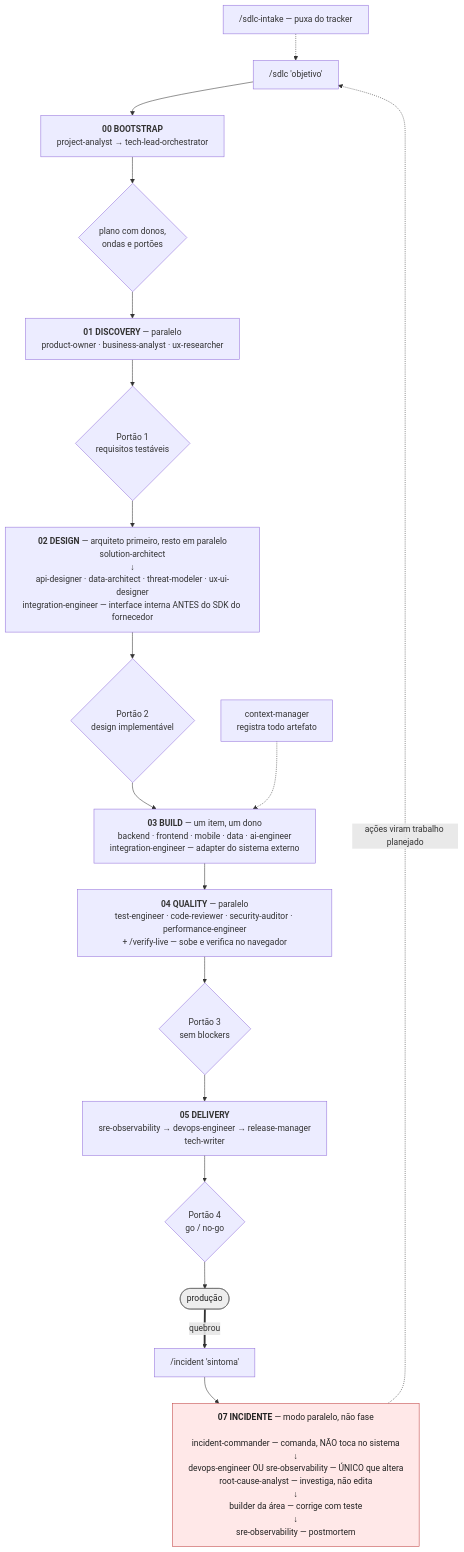
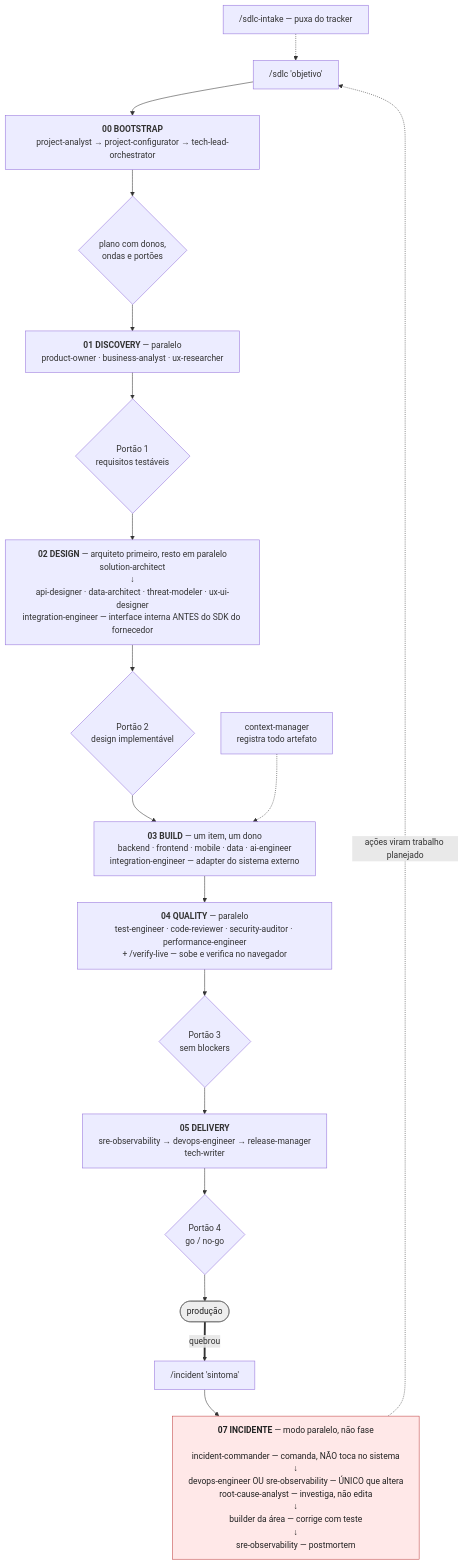
One commit to Joaooh98/ai changed the diagram in agents/README.md. Above: the diagram before and after it, drawn with Mermaid. The commit also changed other lines of this file and 212 other files, not shown here.

First line of the commit message:
feat: add architectural configuration research and report sources

````diff
--- a/agents/README.md
+++ b/agents/README.md
@@ -36,36 +36,36 @@
 ```mermaid
 ---
 config:
   flowchart:
     wrappingWidth: 420
 ---
 flowchart TD
     TICKET["/sdlc-intake — puxa do tracker"] -.-> CMD
     CMD["/sdlc 'objetivo'"] --> W0
 
-    W0["<b>00 BOOTSTRAP</b><br/>project-analyst → tech-lead-orchestrator"]
+    W0["<b>00 BOOTSTRAP</b><br/>project-analyst → project-configurator → tech-lead-orchestrator"]
     W0 --> G0{"plano com donos,<br/>ondas e portões"}
 
     G0 --> W1["<b>01 DISCOVERY</b> — paralelo<br/>product-owner · business-analyst · ux-researcher"]
     W1 --> G1{"Portão 1<br/>requisitos testáveis"}
 
     G1 --> W2["<b>02 DESIGN</b> — arquiteto primeiro, resto em paralelo<br/>solution-architect<br/>↓<br/>api-designer · data-architect · threat-modeler · ux-ui-designer<br/>integration-engineer — interface interna ANTES do SDK do fornecedor"]
     W2 --> G2{"Portão 2<br/>design implementável"}
 
     G2 --> W3["<b>03 BUILD</b> — um item, um dono<br/>backend · frontend · mobile · data · ai-engineer<br/>integration-engineer — adapter do sistema externo"]
     W3 --> W4["<b>04 QUALITY</b> — paralelo<br/>test-engineer · code-reviewer · security-auditor · performance-engineer<br/>+ /verify-live — sobe e verifica no navegador"]
     W4 --> G3{"Portão 3<br/>sem blockers"}
 
     G3 --> W5["<b>05 DELIVERY</b><br/>sre-observability → devops-engineer → release-manager<br/>tech-writer"]
     W5 --> G4{"Portão 4<br/>go / no-go"}
     G4 --> PROD(["produção"])
 
     CM["context-manager<br/>registra todo artefato"] -.-> W3
 
     PROD == "quebrou" ==> INC["/incident 'sintoma'"]
     INC --> WI["<b>07 INCIDENTE</b> — modo paralelo, não fase<br/><br/>incident-commander — comanda, NÃO toca no sistema<br/>↓<br/>devops-engineer OU sre-observability — ÚNICO que altera<br/>root-cause-analyst — investiga, não edita<br/>↓<br/>builder da área — corrige com teste<br/>↓<br/>sre-observability — postmortem"]
     WI -. "ações viram trabalho planejado" .-> CMD
 
     style WI fill:#ffe8e8,stroke:#c04040,color:#222222
     style PROD fill:#eeeeee,stroke:#666666,color:#222222
 ```
````
